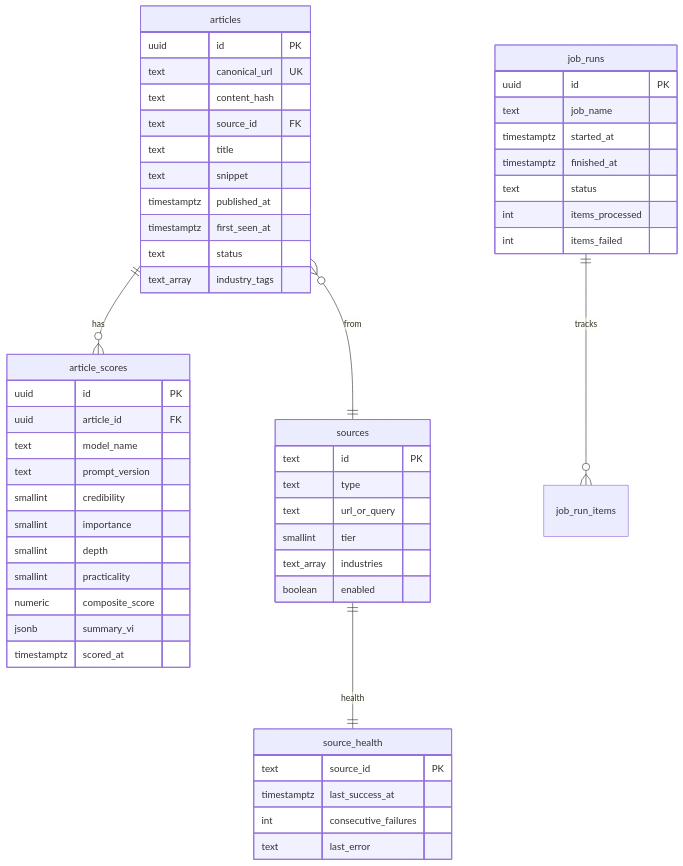
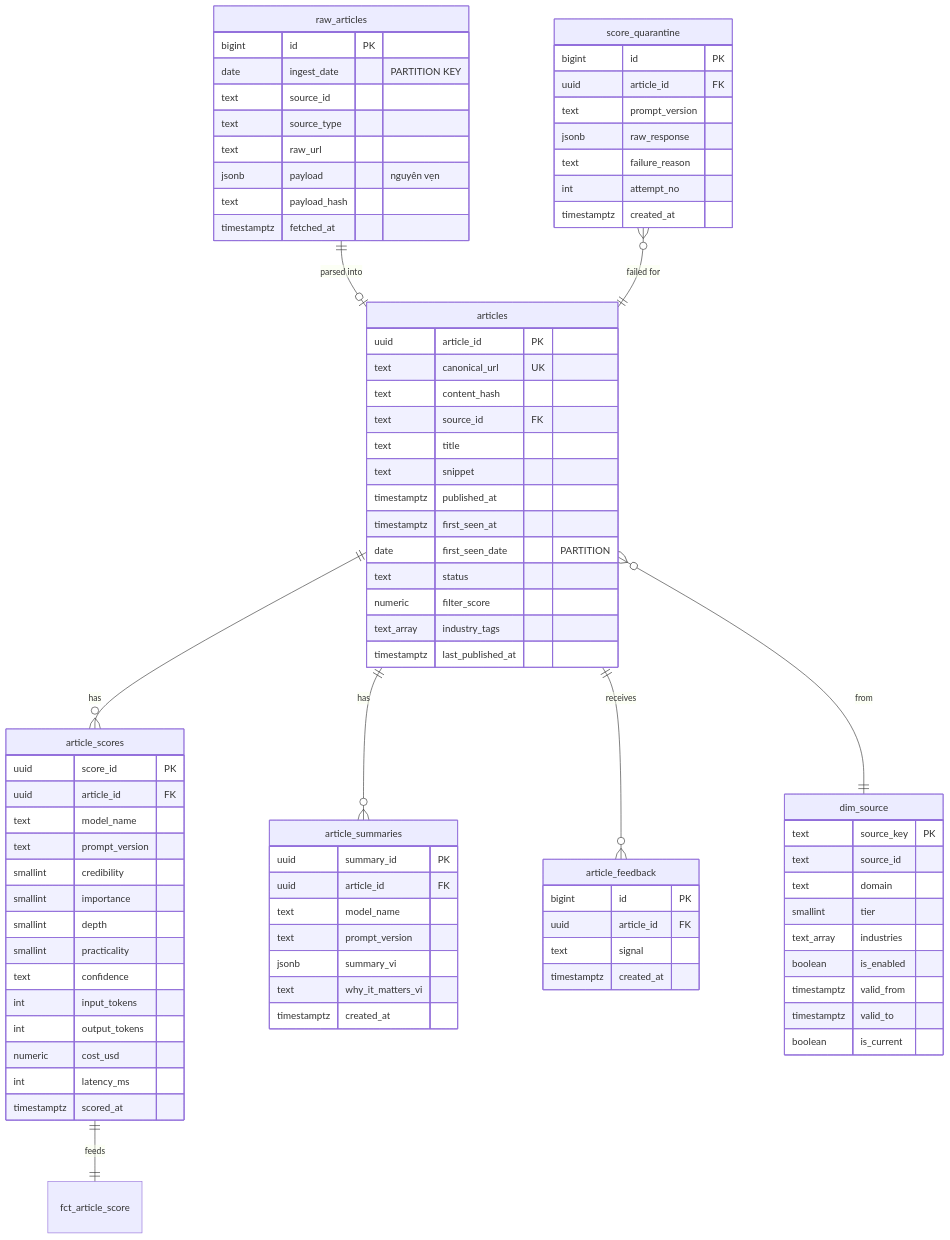
One commit to Quybuno/industry-intel-bot changed the fifth of 6 diagrams in docs/PRODUCTION_PLAN.md. Above: the diagram before and after it, drawn with Mermaid. The commit also changed other lines of this file, not shown here.

````diff
--- a/docs/PRODUCTION_PLAN.md
+++ b/docs/PRODUCTION_PLAN.md
@@ -391,12 +229,26 @@
 ```mermaid
 erDiagram
+    raw_articles ||--o| articles : "parsed into"
     articles ||--o{ article_scores : "has"
-    articles }o--|| sources : "from"
-    job_runs ||--o{ job_run_items : "tracks"
-    sources ||--|| source_health : "health"
+    articles ||--o{ article_summaries : "has"
+    articles ||--o{ article_feedback : "receives"
+    articles }o--|| dim_source : "from"
+    article_scores ||--|| fct_article_score : "feeds"
+    score_quarantine }o--|| articles : "failed for"
+
+    raw_articles {
+        bigint id PK
+        date ingest_date "PARTITION KEY"
+        text source_id
+        text source_type
+        text raw_url
+        jsonb payload "nguyên vẹn"
+        text payload_hash
+        timestamptz fetched_at
+    }
 
     articles {
-        uuid id PK
+        uuid article_id PK
         text canonical_url UK
         text content_hash
         text source_id FK
@@ -404,12 +256,15 @@
         text snippet
         timestamptz published_at
         timestamptz first_seen_at
+        date first_seen_date "PARTITION"
         text status
+        numeric filter_score
         text_array industry_tags
+        timestamptz last_published_at
     }
 
     article_scores {
-        uuid id PK
+        uuid score_id PK
         uuid article_id FK
         text model_name
         text prompt_version
@@ -417,34 +272,50 @@
         smallint importance
         smallint depth
         smallint practicality
-        numeric composite_score
-        jsonb summary_vi
+        text confidence
+        int input_tokens
+        int output_tokens
+        numeric cost_usd
+        int latency_ms
         timestamptz scored_at
     }
 
-    sources {
-        text id PK
-        text type
-        text url_or_query
+    article_summaries {
+        uuid summary_id PK
+        uuid article_id FK
+        text model_name
+        text prompt_version
+        jsonb summary_vi
+        text why_it_matters_vi
+        timestamptz created_at
+    }
+
+    score_quarantine {
+        bigint id PK
+        uuid article_id FK
+        text prompt_version
+        jsonb raw_response
+        text failure_reason
+        int attempt_no
+        timestamptz created_at
+    }
+
+    dim_source {
+        text source_key PK
+        text source_id
+        text domain
         smallint tier
         text_array industries
-        boolean enabled
+        boolean is_enabled
+        timestamptz valid_from
+        timestamptz valid_to
+        boolean is_current
     }
 
-    job_runs {
-        uuid id PK
-        text job_name
-        timestamptz started_at
-        timestamptz finished_at
-        text status
-        int items_processed
-        int items_failed
-    }
-
-    source_health {
-        text source_id PK
-        timestamptz last_success_at
-        int consecutive_failures
-        text last_error
+    article_feedback {
+        bigint id PK
+        uuid article_id FK
+        text signal
+        timestamptz created_at
     }
 ```
````
